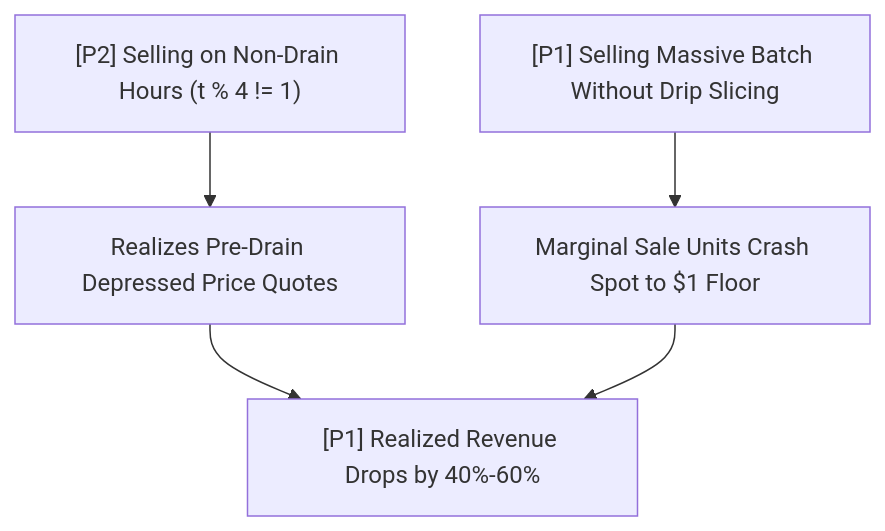
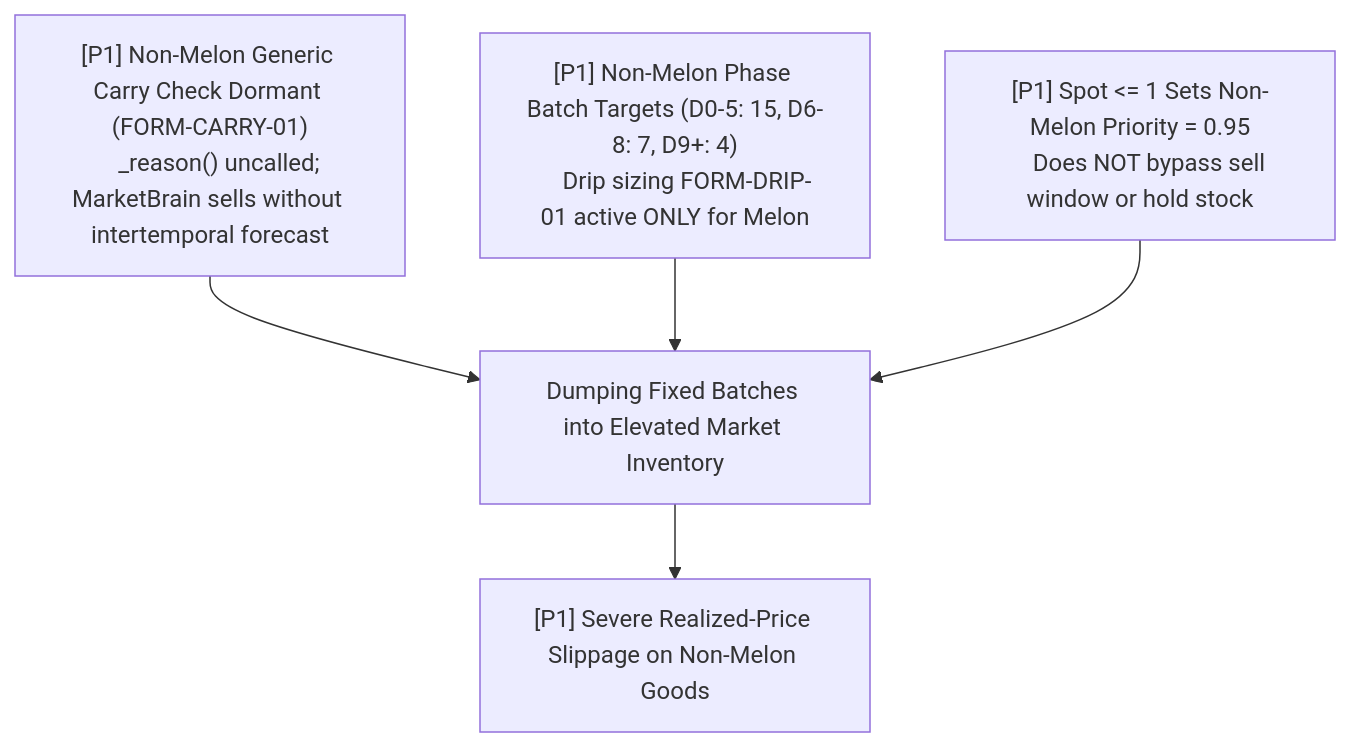
Before and after one commit to aaryasj0310-stack/farm: the eighth of 10 diagrams in architecture/failure_propagation.md, drawn with Mermaid. The commit also changed other lines of this file and 242 other files, not shown here.

Commit message:
feat: generalized price-protected drip selling, ongoing crop survival watering, and bounded opponent market inference

````diff
--- a/architecture/failure_propagation.md
+++ b/architecture/failure_propagation.md
@@ -169,11 +213,16 @@
 ```mermaid
 flowchart TD
-    F1["[P2] Selling on Non-Drain Hours (t % 4 != 1)"]
-    F2["Realizes Pre-Drain Depressed Price Quotes"]
-    F3["[P1] Selling Massive Batch Without Drip Slicing"]
-    F4["Marginal Sale Units Crash Spot to $1 Floor"]
-    F5["[P1] Realized Revenue Drops by 40%-60%"]
+    F1["[P1] Non-Melon Generic Carry Check Dormant (FORM-CARRY-01)
+    _reason() uncalled; MarketBrain sells without intertemporal forecast"]
+    F2["[P1] Non-Melon Phase Batch Targets (D0-5: 15, D6-8: 7, D9+: 4)
+    Drip sizing FORM-DRIP-01 active ONLY for Melon"]
+    F3["[P1] Spot <= 1 Sets Non-Melon Priority = 0.95
+    Does NOT bypass sell window or hold stock"]
+    F4["Dumping Fixed Batches into Elevated Market Inventory"]
+    F5["[P1] Severe Realized-Price Slippage on Non-Melon Goods"]
 
-    F1 --> F2 --> F5
-    F3 --> F4 --> F5
+    F1 --> F4
+    F2 --> F4
+    F3 --> F4
+    F4 --> F5
 ```
````
